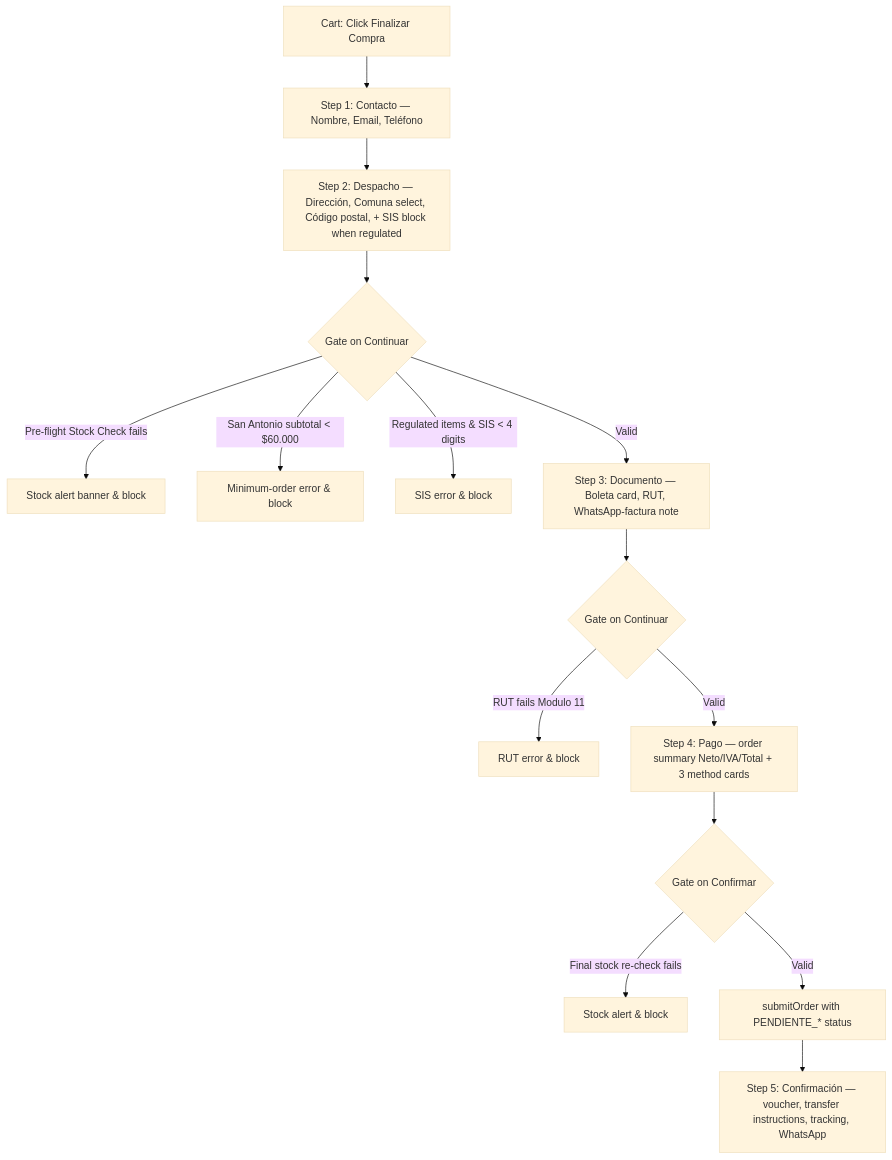
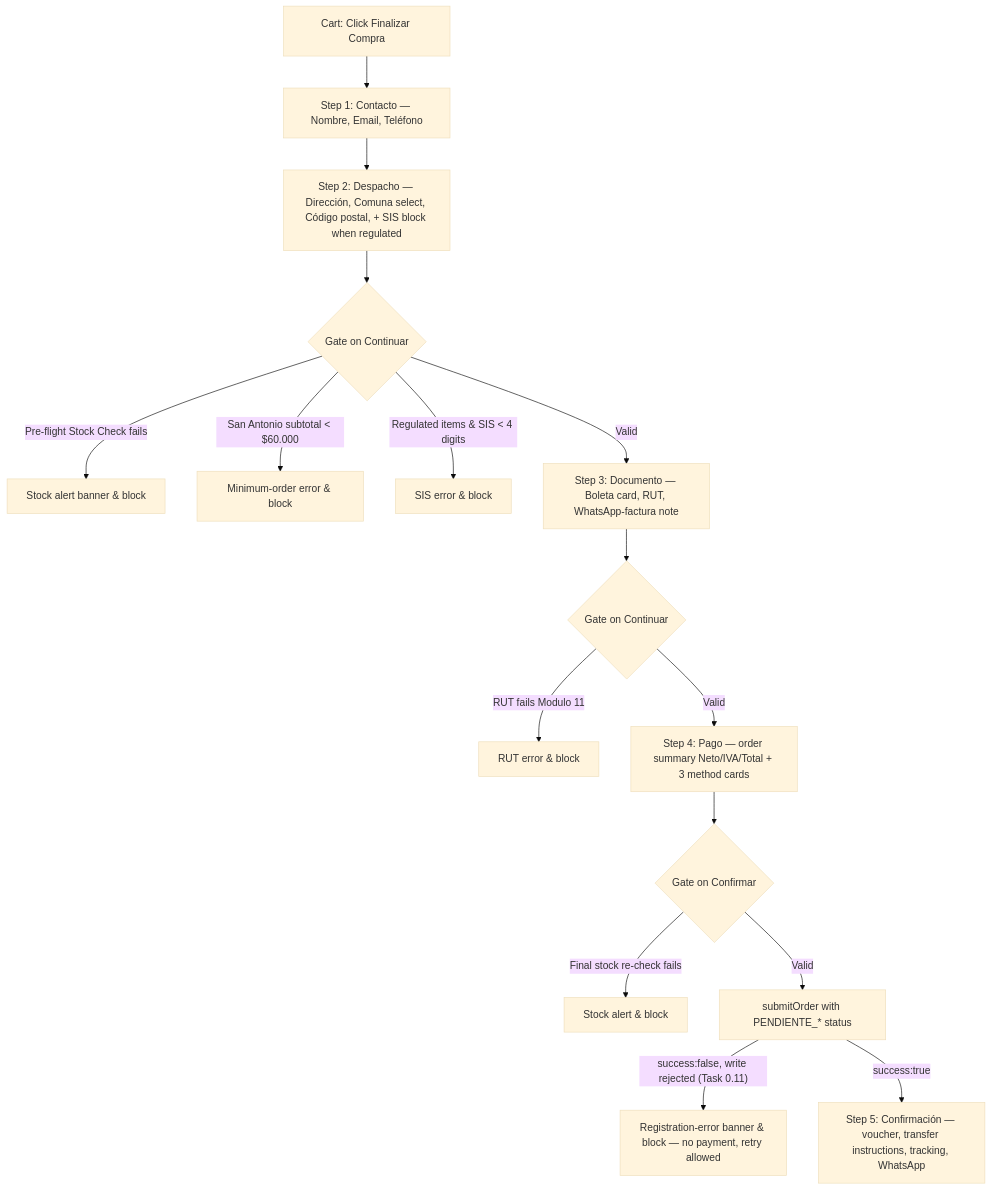
One commit to carlosjosemm/pronto-insumos changed the first of 2 diagrams in src/components/AGENTS.md. Above: the diagram before and after it, drawn with Mermaid (base theme). The commit also changed other lines of this file and 11 other files, not shown here.

First line of the commit message:
fix(checkout): persist orders with optional fields and propagate write failures (Task 0.11)

````diff
--- a/src/components/AGENTS.md
+++ b/src/components/AGENTS.md
@@ -156,17 +156,18 @@
 ```mermaid
 graph TD
     A[Cart: Click Finalizar Compra] --> B[Step 1: Contacto — Nombre, Email, Teléfono]
     B --> C[Step 2: Despacho — Dirección, Comuna select, Código postal, + SIS block when regulated]
     C --> D{Gate on Continuar}
     D -- Pre-flight Stock Check fails --> D1[Stock alert banner & block]
     D -- San Antonio subtotal < $60.000 --> D2[Minimum-order error & block]
     D -- Regulated items & SIS < 4 digits --> D3[SIS error & block]
     D -- Valid --> E[Step 3: Documento — Boleta card, RUT, WhatsApp-factura note]
     E --> F{Gate on Continuar}
     F -- RUT fails Modulo 11 --> F1[RUT error & block]
     F -- Valid --> G[Step 4: Pago — order summary Neto/IVA/Total + 3 method cards]
     G --> H{Gate on Confirmar}
     H -- Final stock re-check fails --> H1[Stock alert & block]
     H -- Valid --> I[submitOrder with PENDIENTE_* status]
-    I --> J[Step 5: Confirmación — voucher, transfer instructions, tracking, WhatsApp]
+    I -- success:false, write rejected (Task 0.11) --> I1[Registration-error banner & block — no payment, retry allowed]
+    I -- success:true --> J[Step 5: Confirmación — voucher, transfer instructions, tracking, WhatsApp]
 ```
````
